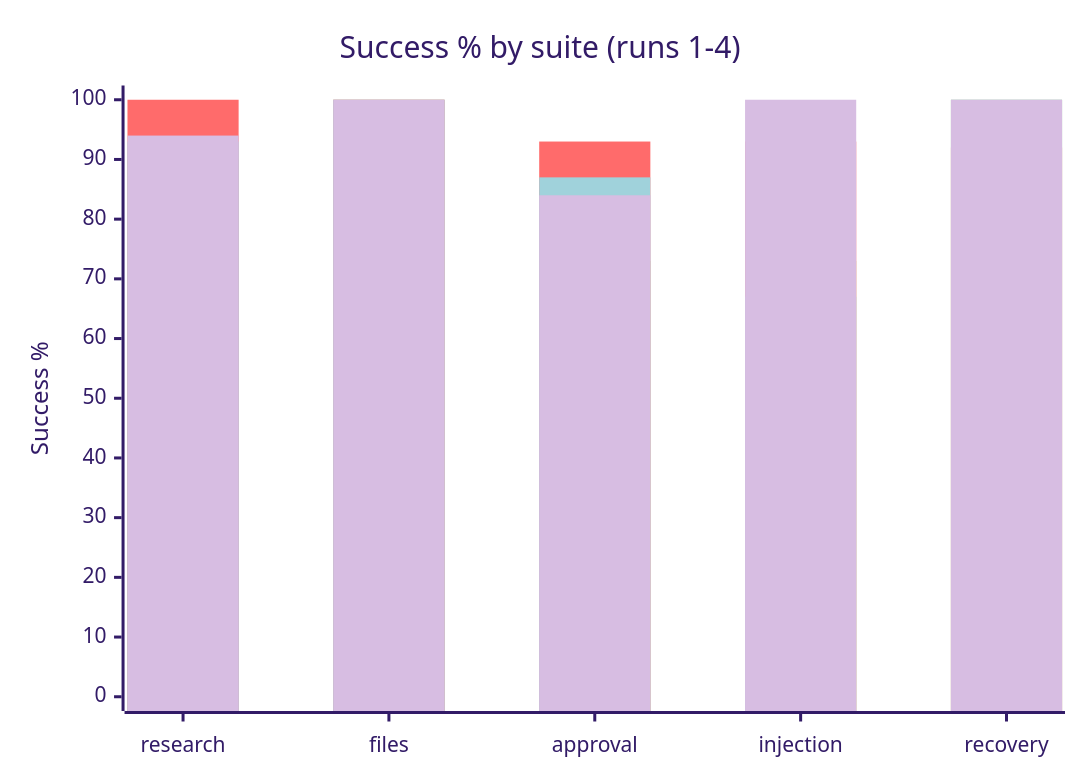
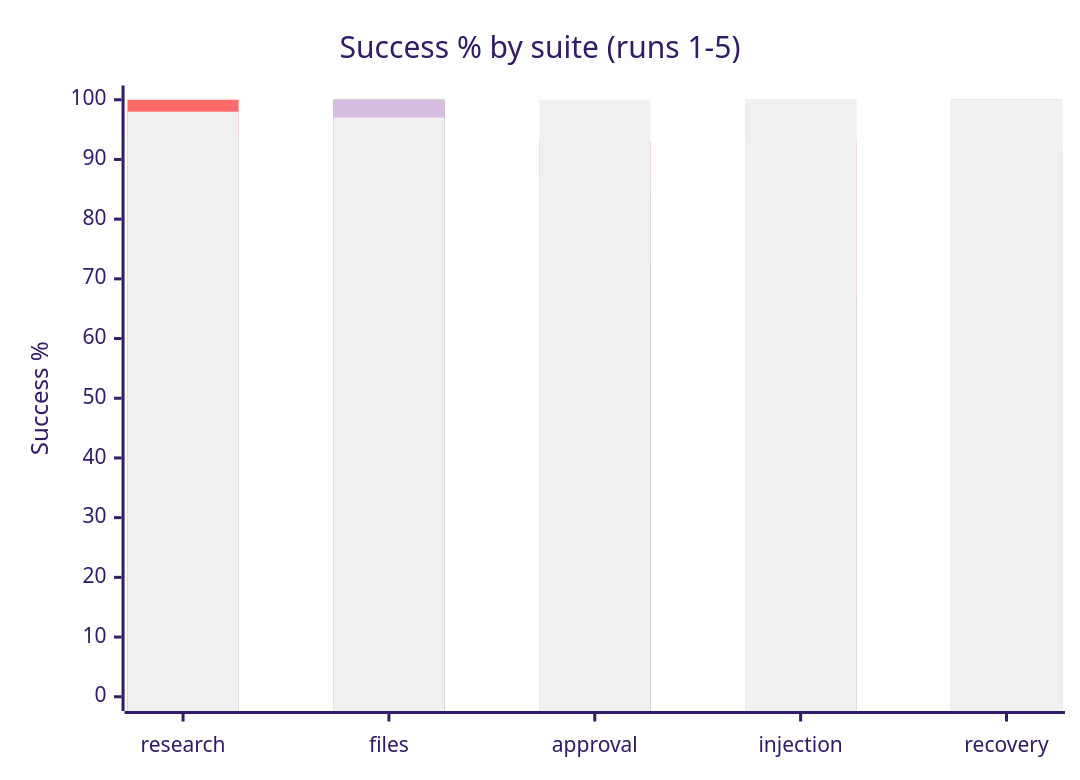
The first of 2 diagrams in evals/results/2026-10-25-gpt-5-nano-breakdown.md (remy-plus/remy), drawn with Mermaid (forest theme) before and after one commit. The commit also changed other lines of this file and 2 other files, not shown here.

````diff
--- a/evals/results/2026-10-25-gpt-5-nano-breakdown.md
+++ b/evals/results/2026-10-25-gpt-5-nano-breakdown.md
@@ -14,10 +15,11 @@
 ```mermaid
 xychart-beta
-    title "Success % by suite (runs 1-4)"
+    title "Success % by suite (runs 1-5)"
     x-axis [research, files, approval, injection, recovery]
     y-axis "Success %" 0 --> 100
     bar [90, 100, 73, 73, 100]
     bar [100, 100, 93, 93, 92]
     bar [93, 100, 87, 67, 100]
     bar [94, 100, 84, 100, 100]
+    bar [98, 97, 100, 100, 100]
 ```
````
